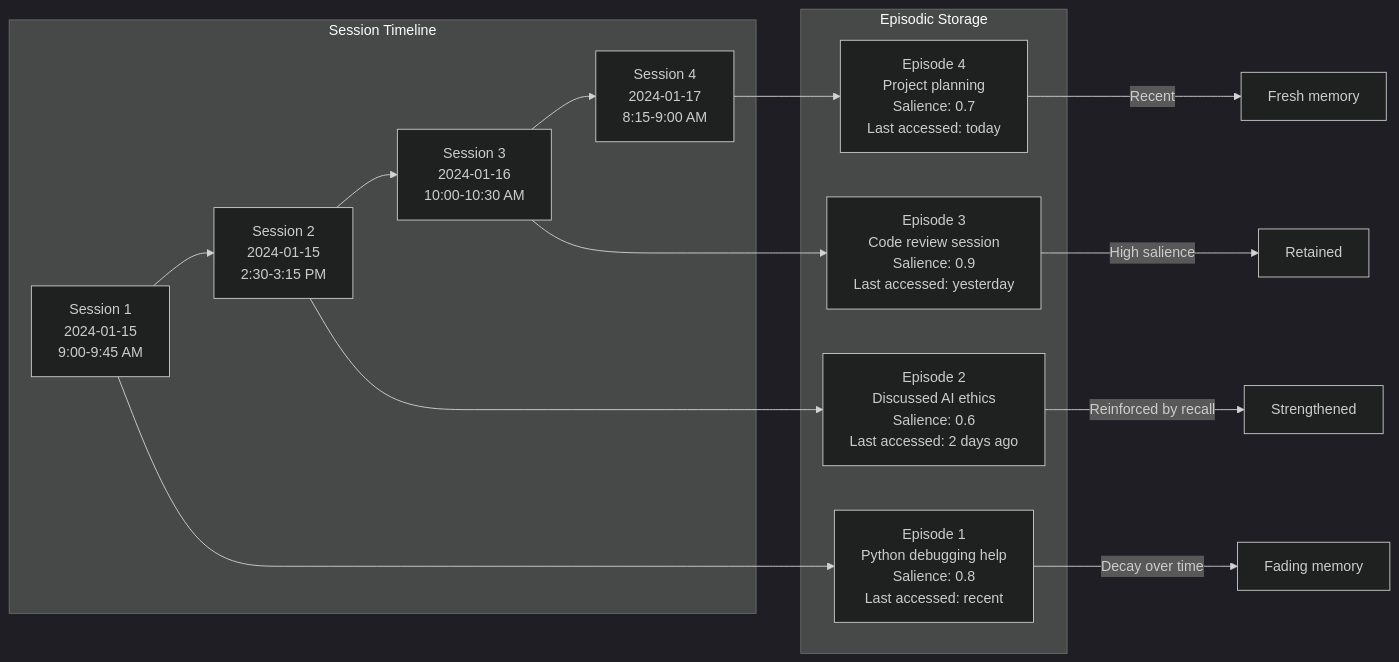
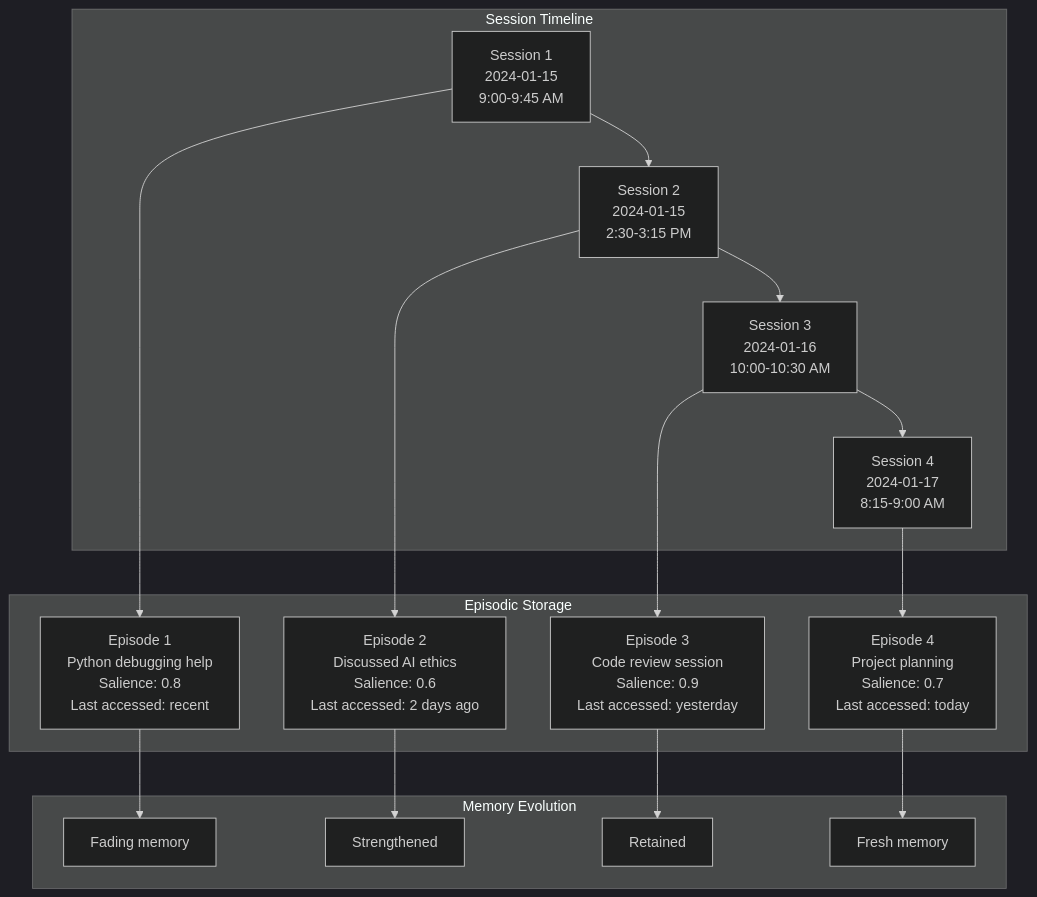
The third of 5 diagrams in HBMA.md (Itachi-1824/Jarvis), drawn with Mermaid (dark theme) before and after one commit. The commit also changed other lines of this file, not shown here.

````diff
--- a/HBMA.md
+++ b/HBMA.md
@@ -139,25 +142,36 @@
 ```mermaid
-graph LR
+graph TD
     subgraph "Session Timeline"
-        S1[Session 1<br/>2024-01-15<br/>9:00-9:45 AM] --> S2[Session 2<br/>2024-01-15<br/>2:30-3:15 PM]
-        S2 --> S3[Session 3<br/>2024-01-16<br/>10:00-10:30 AM]
-        S3 --> S4[Session 4<br/>2024-01-17<br/>8:15-9:00 AM]
+        S1[Session 1<br/>2024-01-15<br/>9:00-9:45 AM]
+        S2[Session 2<br/>2024-01-15<br/>2:30-3:15 PM]
+        S3[Session 3<br/>2024-01-16<br/>10:00-10:30 AM]
+        S4[Session 4<br/>2024-01-17<br/>8:15-9:00 AM]
+        S1 --> S2
+        S2 --> S3
+        S3 --> S4
     end
 
     subgraph "Episodic Storage"
         E1[Episode 1<br/>Python debugging help<br/>Salience: 0.8<br/>Last accessed: recent]
         E2[Episode 2<br/>Discussed AI ethics<br/>Salience: 0.6<br/>Last accessed: 2 days ago]
         E3[Episode 3<br/>Code review session<br/>Salience: 0.9<br/>Last accessed: yesterday]
         E4[Episode 4<br/>Project planning<br/>Salience: 0.7<br/>Last accessed: today]
     end
 
+    subgraph "Memory Evolution"
+        FADE1[Fading memory]
+        STRONG[Strengthened]
+        RETAIN[Retained]
+        FRESH[Fresh memory]
+    end
+
     S1 --> E1
     S2 --> E2
     S3 --> E3
     S4 --> E4
 
-    E1 --> |Decay over time| FADE1[Fading memory]
-    E2 --> |Reinforced by recall| STRONG[Strengthened]
-    E3 --> |High salience| RETAIN[Retained]
-    E4 --> |Recent| FRESH[Fresh memory]
+    E1 --> FADE1
+    E2 --> STRONG
+    E3 --> RETAIN
+    E4 --> FRESH
 ```
````
